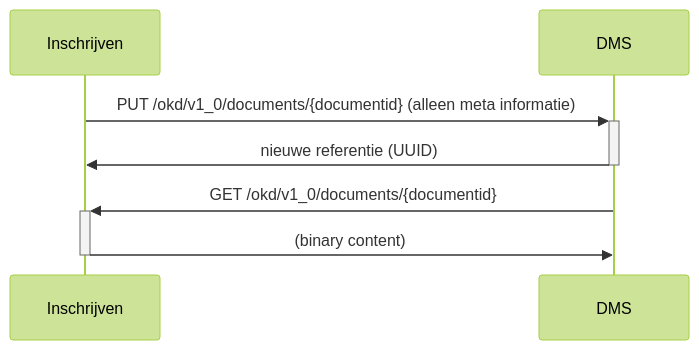
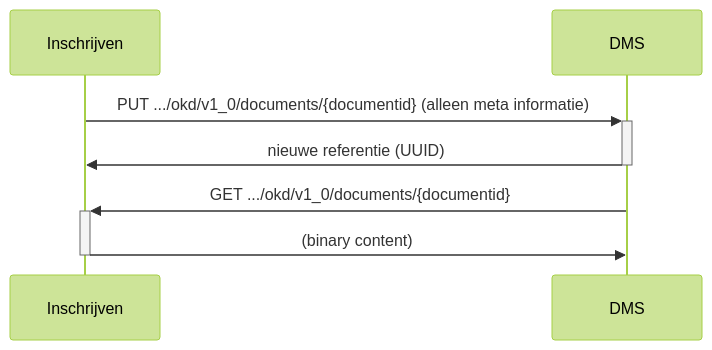
The third of 4 diagrams in doc/flow-1.md (Onderwijs-Koppelingen-OKx/OKD-Document-Management), drawn with Mermaid (forest theme) before and after one commit. The commit also changed other lines of this file and 4 other files, not shown here.

````diff
--- a/doc/flow-1.md
+++ b/doc/flow-1.md
@@ -355,13 +355,13 @@
 ```mermaid
 sequenceDiagram
     Participant Inschrijven
     Participant DMS
 
-    Inschrijven->>+DMS:  PUT /okd/v1_0/documents/{documentid} (alleen meta informatie)
+    Inschrijven->>+DMS:  PUT .../okd/v1_0/documents/{documentid} (alleen meta informatie)
     DMS->>-Inschrijven: nieuwe referentie (UUID)
-    DMS->>+Inschrijven:  GET /okd/v1_0/documents/{documentid}
+    DMS->>+Inschrijven:  GET .../okd/v1_0/documents/{documentid}
     Inschrijven->>-DMS: (binary content)
 
 
 
 ```
````
